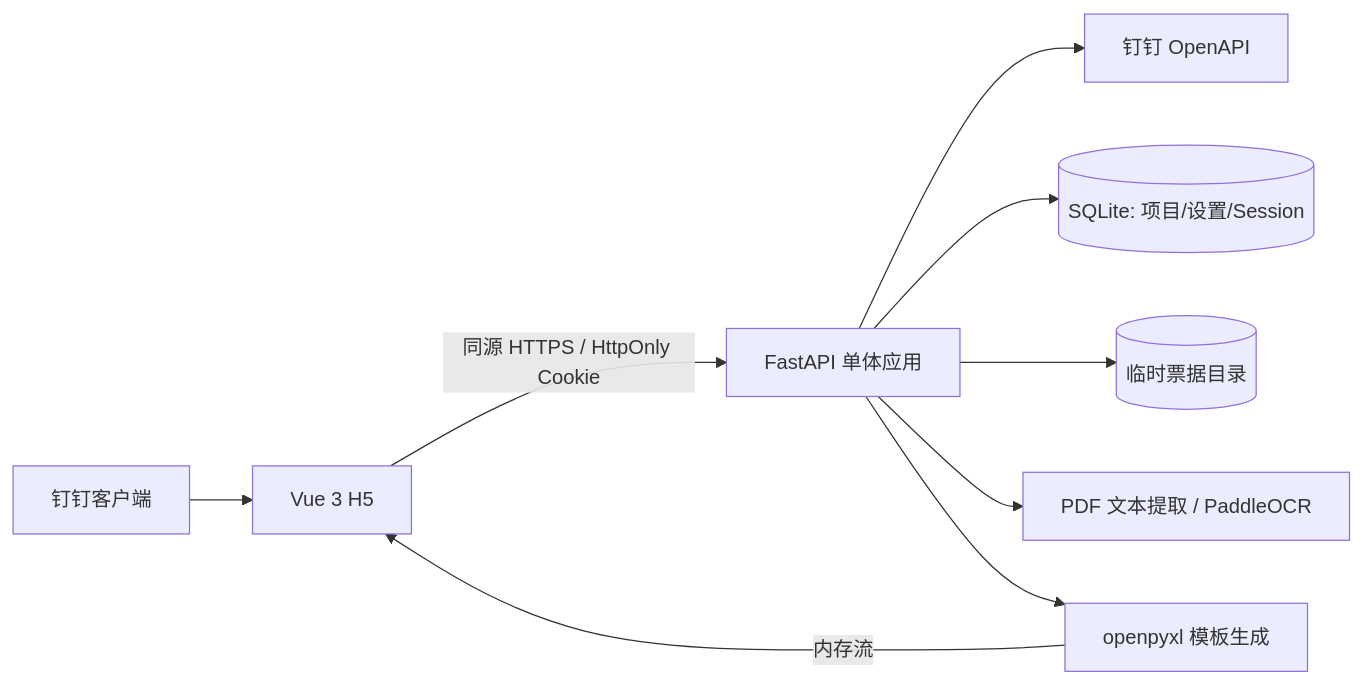
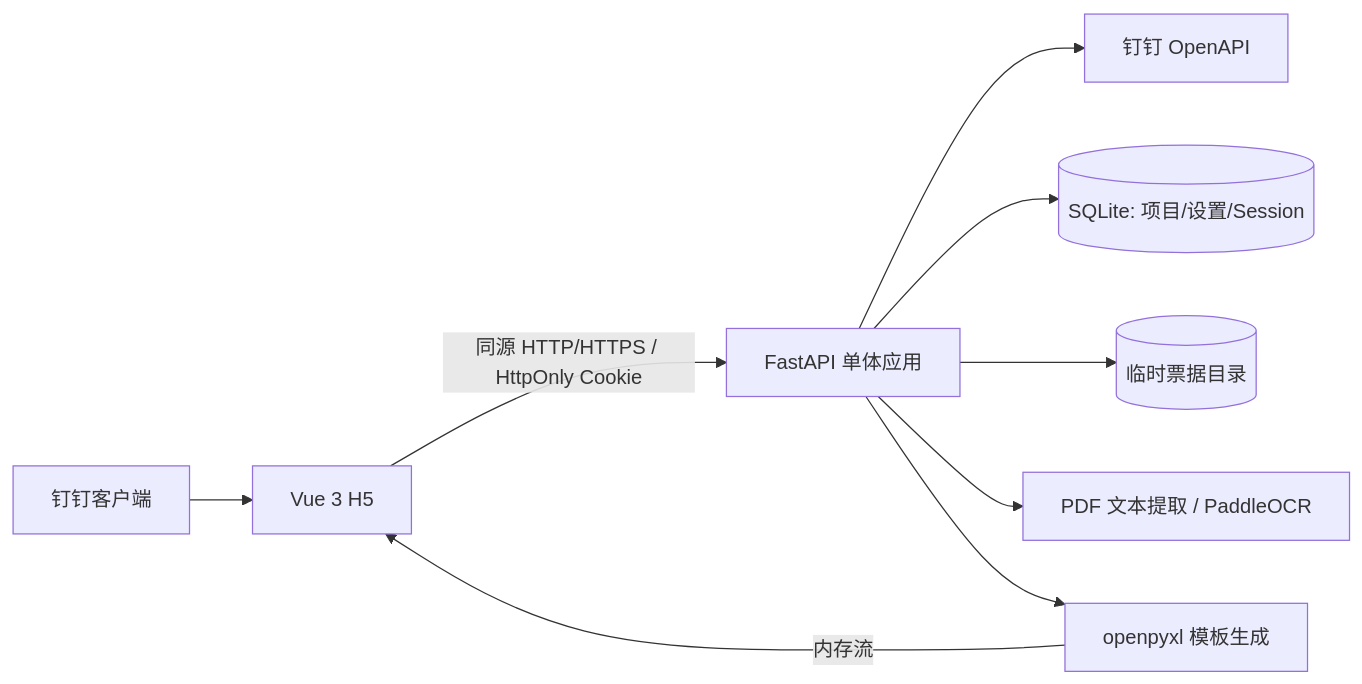
Before and after one commit to BearDrinkbeer/dingtalk-travel-reimbursement: the diagram in docs/V1_IMPLEMENTATION_PLAN.md, drawn with Mermaid. The commit also changed other lines of this file and 101 other files, not shown here.

````diff
--- a/docs/V1_IMPLEMENTATION_PLAN.md
+++ b/docs/V1_IMPLEMENTATION_PLAN.md
@@ -129,11 +129,11 @@
 ```mermaid
 flowchart LR
     D[钉钉客户端] --> V[Vue 3 H5]
-    V -->|同源 HTTPS / HttpOnly Cookie| F[FastAPI 单体应用]
+    V -->|同源 HTTP/HTTPS / HttpOnly Cookie| F[FastAPI 单体应用]
     F --> DT[钉钉 OpenAPI]
     F --> DB[(SQLite: 项目/设置/Session)]
     F --> TMP[(临时票据目录)]
     F --> P[PDF 文本提取 / PaddleOCR]
     F --> X[openpyxl 模板生成]
     X -->|内存流| V
 ```
````
